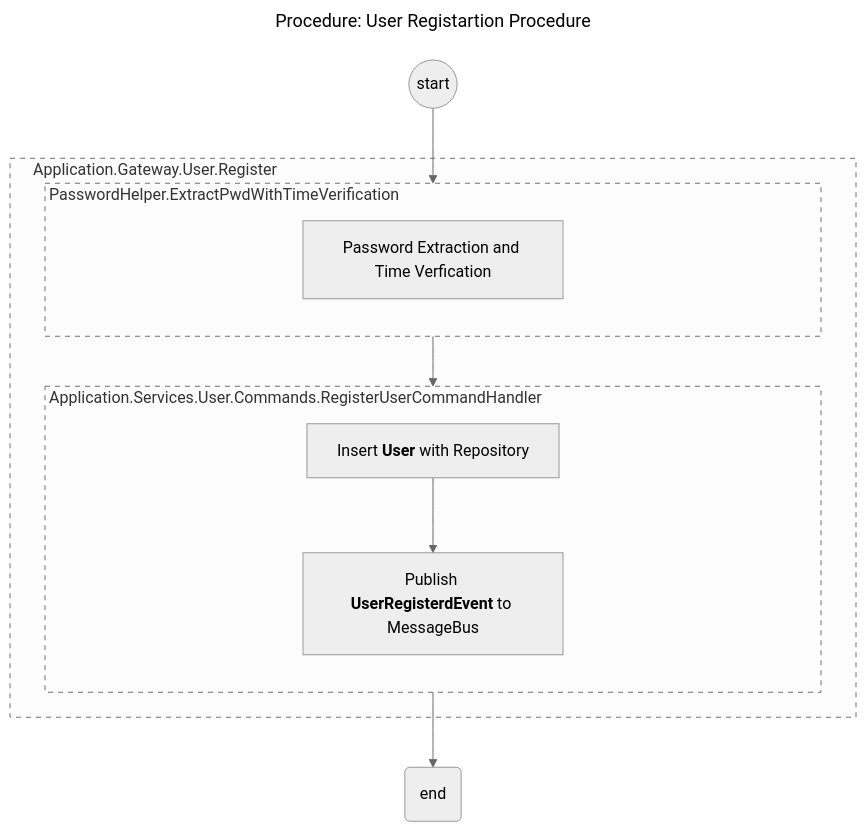
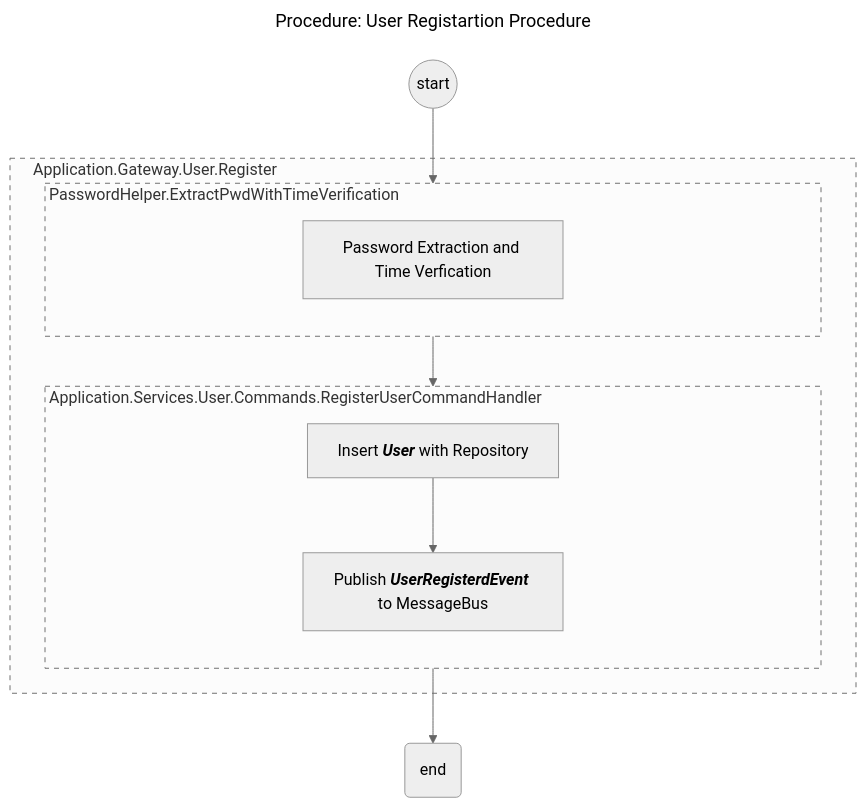
The diagram in UML/Application/Application.Gateway.md (sdlfly2000/AuthenticationServer), drawn with Mermaid (neutral theme) before and after one commit.

Commit message:
#4 [UML] reformat domain object

````diff
--- a/UML/Application/Application.Gateway.md
+++ b/UML/Application/Application.Gateway.md
@@ -3,34 +3,34 @@
 ```mermaid
 ---
 title: "Procedure: User Registartion Procedure"
 ---
 
 flowchart TB
     start_overall((start))
 
     subgraph user_register[<div style='display:flex; justify-content:flex-start; align-items:flex-start;width:50em'>Application.Gateway.User.Register</div>]
 
         subgraph password_extraction_verification[<div style='display:flex; justify-content:flex-start; align-items:flex-start;width:48em'>PasswordHelper.ExtractPwdWithTimeVerification</div>]
             direction TB
             PwdExtraction[Password Extraction and Time Verfication]
         end
 
         subgraph insert_user_database[<div style='display:flex; justify-content:flex-start; align-items:flex-start;width:48em'>Application.Services.User.Commands.RegisterUserCommandHandler</div>]
             direction TB
-            InsertUser["`Insert **User** with Repository`"]
-            PublishUserMessage["`Publish **UserRegisterdEvent** to MessageBus`"]
+            InsertUser["`Insert ***User*** with Repository`"]
+            PublishUserMessage["`Publish ***UserRegisterdEvent*** to MessageBus`"]
         end
     end
 
     end_overall(end)
 
     %%{relationship}%%
     start_overall --> PwdExtraction -->
     InsertUser --> PublishUserMessage -->
     end_overall
 
     %% Custom Styles
     style user_register stroke-dasharray: 5 5;
     style password_extraction_verification stroke-dasharray: 5 5;
     style insert_user_database stroke-dasharray: 5 5;        
 ```
````
